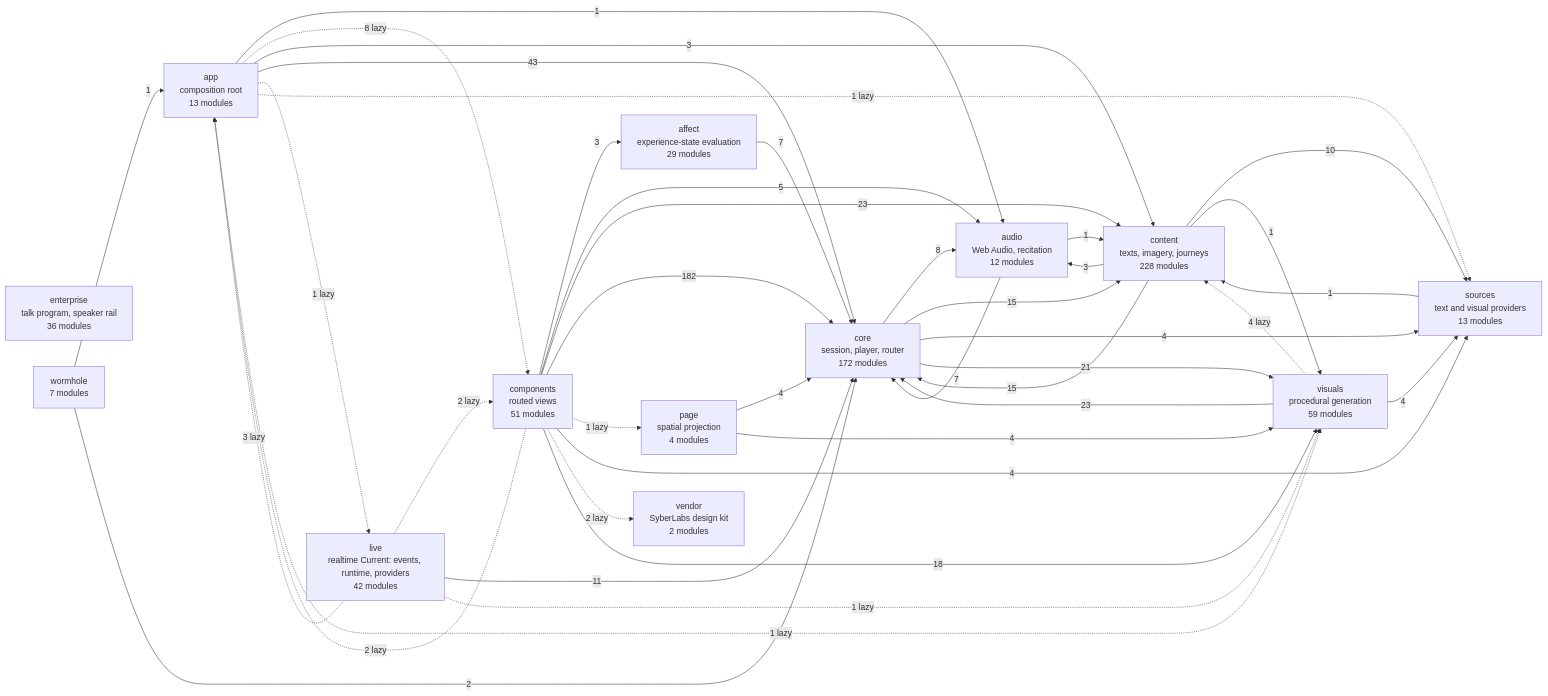
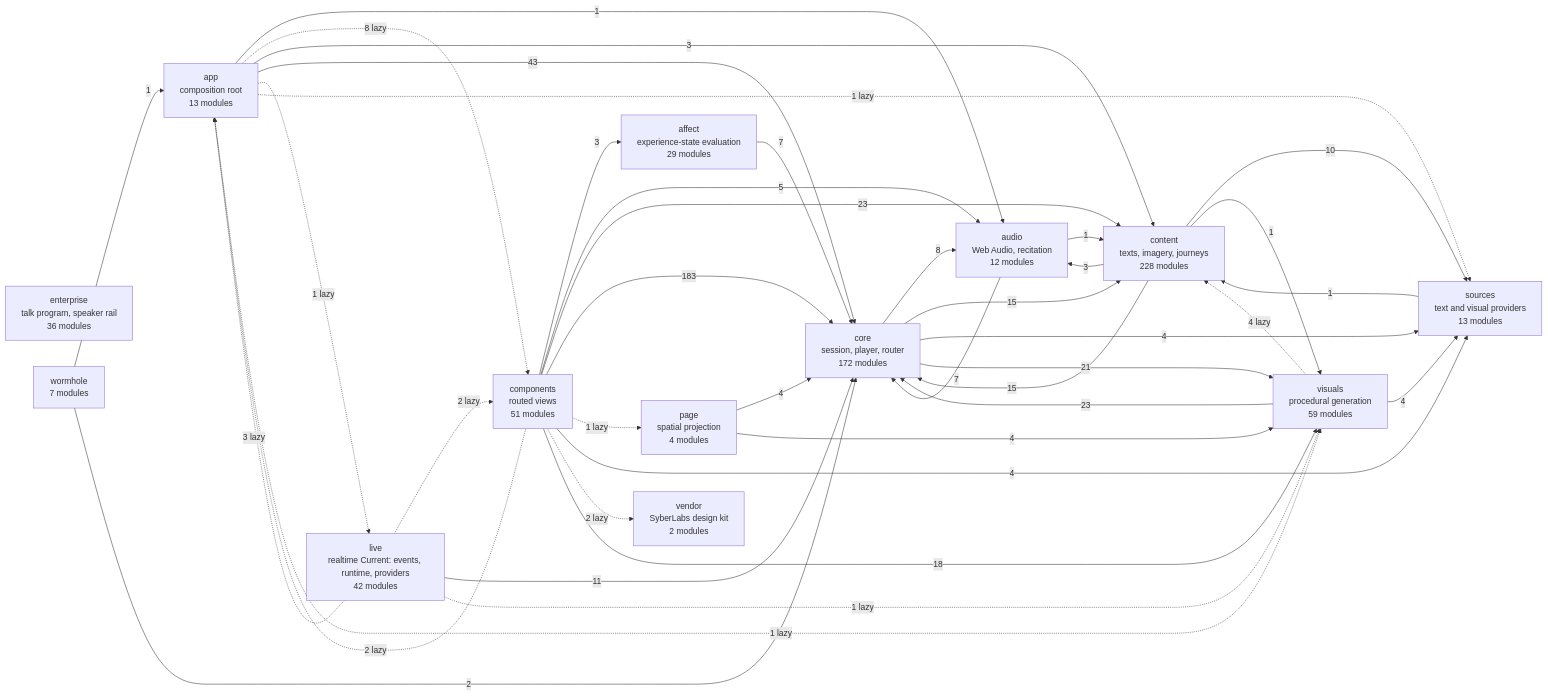
Before and after one commit to SyberLabs/RISE: the diagram in docs/specs/ARCHITECTURE.md, drawn with Mermaid.

Commit message:
RDR-019 PR 8: regenerate the architecture diagram (Home reads the key registry)

````diff
--- a/docs/specs/ARCHITECTURE.md
+++ b/docs/specs/ARCHITECTURE.md
@@ -154,56 +154,56 @@
 ```mermaid
 flowchart LR
     affect["affect<br/>experience-state evaluation<br/>29 modules"]
     app["app<br/>composition root<br/>13 modules"]
     audio["audio<br/>Web Audio, recitation<br/>12 modules"]
     components["components<br/>routed views<br/>51 modules"]
     content["content<br/>texts, imagery, journeys<br/>228 modules"]
     core["core<br/>session, player, router<br/>172 modules"]
     enterprise["enterprise<br/>talk program, speaker rail<br/>36 modules"]
     live["live<br/>realtime Current: events, runtime, providers<br/>42 modules"]
     page["page<br/>spatial projection<br/>4 modules"]
     sources["sources<br/>text and visual providers<br/>13 modules"]
     vendor["vendor<br/>SyberLabs design kit<br/>2 modules"]
     visuals["visuals<br/>procedural generation<br/>59 modules"]
     wormhole["wormhole<br/>7 modules"]
 
     affect --> |7| core
     app --> |1| audio
     app -.-> |8 lazy| components
     app --> |3| content
     app --> |43| core
     app -.-> |1 lazy| live
     app -.-> |1 lazy| sources
     app -.-> |1 lazy| visuals
     audio --> |1| content
     audio --> |7| core
     components --> |3| affect
     components -.-> |2 lazy| app
     components --> |5| audio
     components --> |23| content
-    components --> |182| core
+    components --> |183| core
     components -.-> |1 lazy| page
     components --> |4| sources
     components -.-> |2 lazy| vendor
     components --> |18| visuals
     content --> |3| audio
     content --> |15| core
     content --> |10| sources
     content --> |1| visuals
     core --> |8| audio
     core --> |15| content
     core --> |4| sources
     core --> |21| visuals
     live -.-> |3 lazy| app
     live -.-> |2 lazy| components
     live --> |11| core
     live -.-> |1 lazy| visuals
     page --> |4| core
     page --> |4| visuals
     sources --> |1| content
     visuals -.-> |4 lazy| content
     visuals --> |23| core
     visuals --> |4| sources
     wormhole --> |1| app
     wormhole --> |2| core
 ```
````
